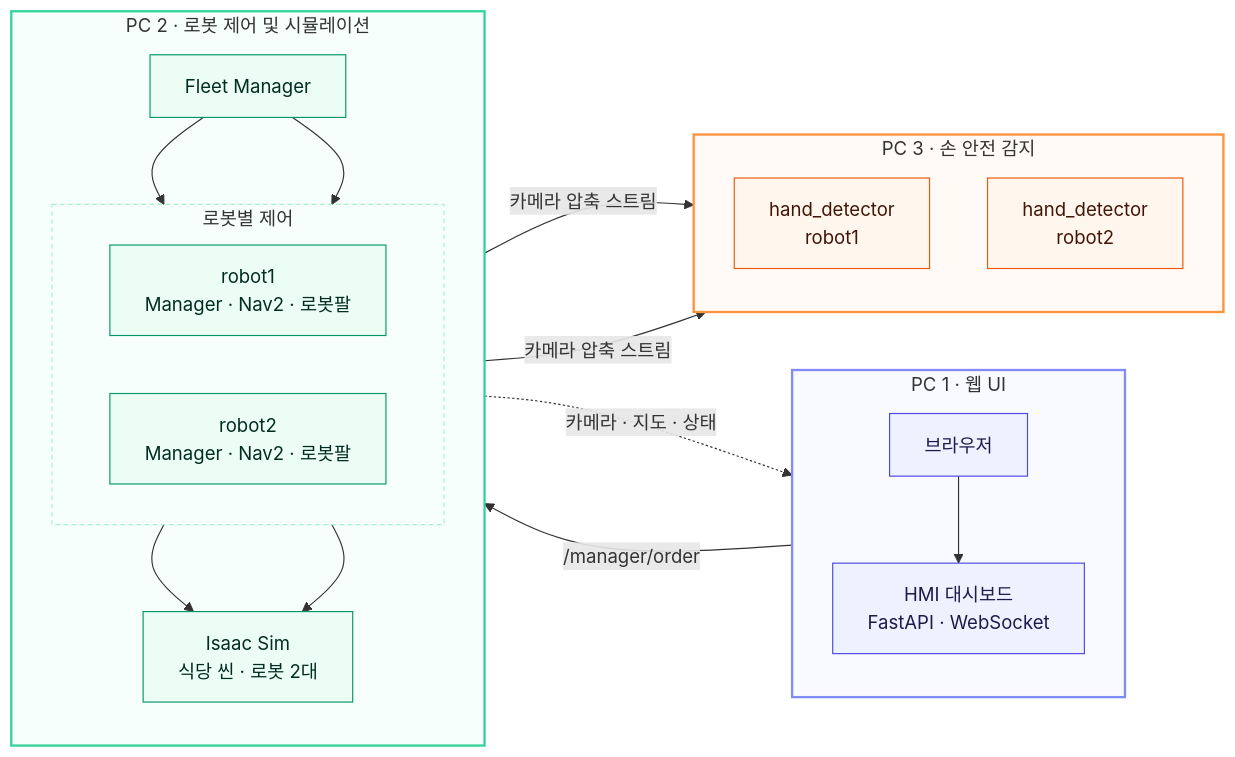
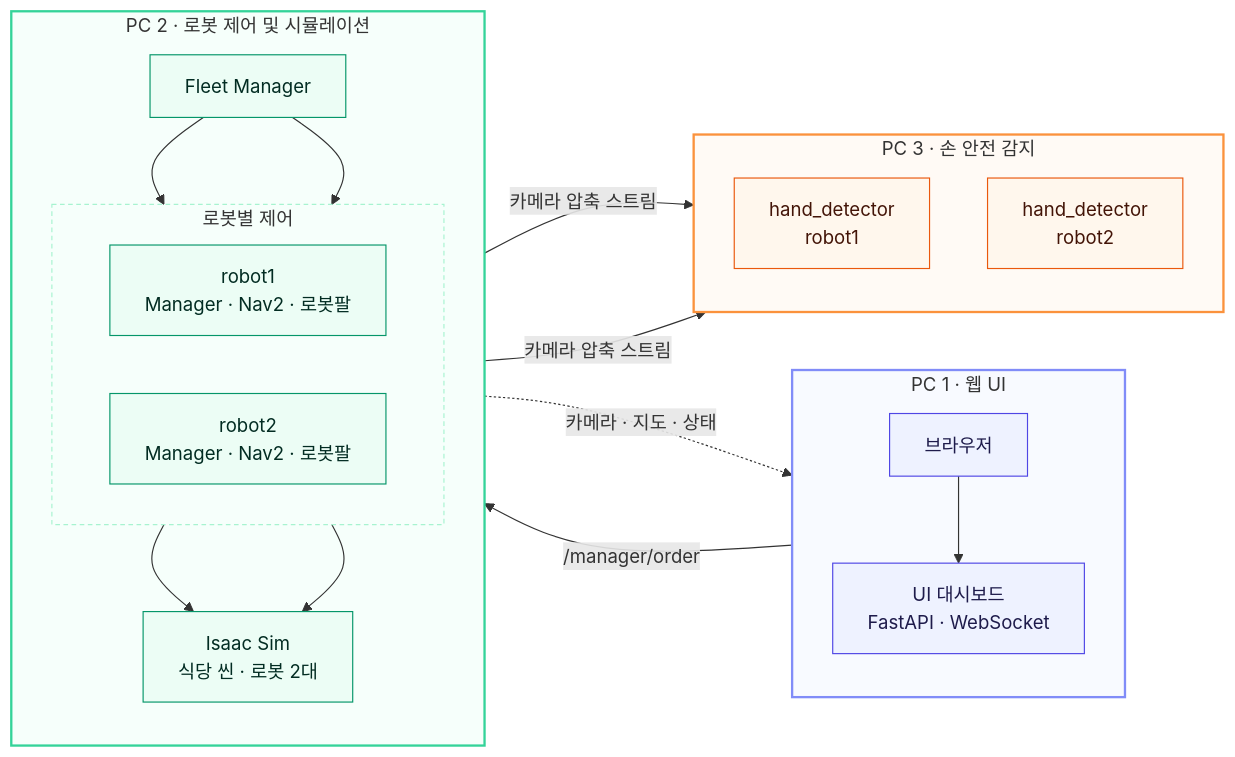
Before and after one commit to 2028jun/Rokey_Co3_A1: the first of 2 diagrams in README.md, drawn with Mermaid. The commit also changed other lines of this file, not shown here.

````diff
--- a/README.md
+++ b/README.md
@@ -41,50 +41,50 @@
 ```mermaid
 flowchart LR
     subgraph WebPC["PC 1 · 웹 UI"]
         direction TB
         Browser["브라우저"]
-        HMI["HMI 대시보드<br/>FastAPI · WebSocket"]
-        Browser --> HMI
+        UI["UI 대시보드<br/>FastAPI · WebSocket"]
+        Browser --> UI
     end
 
     subgraph MainPC["PC 2 · 로봇 제어 및 시뮬레이션"]
         direction TB
         Fleet["Fleet Manager"]
 
         subgraph RobotControl["로봇별 제어"]
             direction LR
             M1["robot1<br/>Manager · Nav2 · 로봇팔"]
             M2["robot2<br/>Manager · Nav2 · 로봇팔"]
         end
 
         Isaac["Isaac Sim<br/>식당 씬 · 로봇 2대"]
 
         Fleet --> M1
         Fleet --> M2
         M1 --> Isaac
         M2 --> Isaac
     end
 
     subgraph YoloPC["PC 3 · 손 안전 감지"]
         direction TB
         Y1["hand_detector<br/>robot1"]
         Y2["hand_detector<br/>robot2"]
     end
 
-    HMI -->|"/manager/order"| Fleet
+    UI -->|"/manager/order"| Fleet
     Isaac -->|"카메라 압축 스트림"| Y1
     Isaac -->|"카메라 압축 스트림"| Y2
-    Isaac -.->|"카메라 · 지도 · 상태"| HMI
+    Isaac -.->|"카메라 · 지도 · 상태"| UI
 
     classDef web fill:#eef2ff,stroke:#4f46e5,color:#1e1b4b;
     classDef main fill:#ecfdf5,stroke:#059669,color:#022c22;
     classDef yolo fill:#fff7ed,stroke:#ea580c,color:#431407;
-    class Browser,HMI web;
+    class Browser,UI web;
     class Fleet,M1,M2,Isaac main;
     class Y1,Y2 yolo;
 
     style WebPC fill:#f8faff,stroke:#818cf8,stroke-width:2px
     style MainPC fill:#f6fffb,stroke:#34d399,stroke-width:2px
     style RobotControl fill:none,stroke:#a7f3d0,stroke-dasharray:4 3
     style YoloPC fill:#fffaf5,stroke:#fb923c,stroke-width:2px
 ```
````
